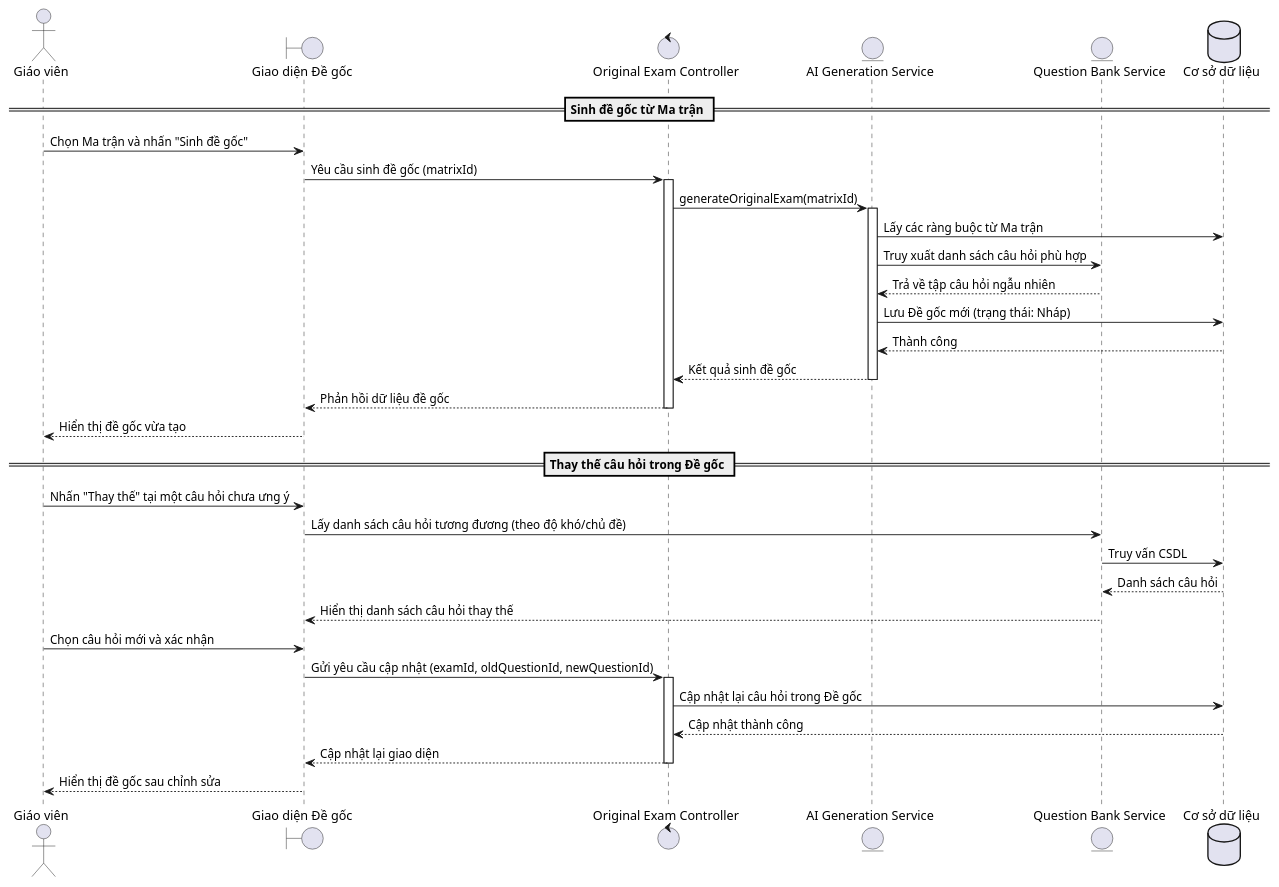
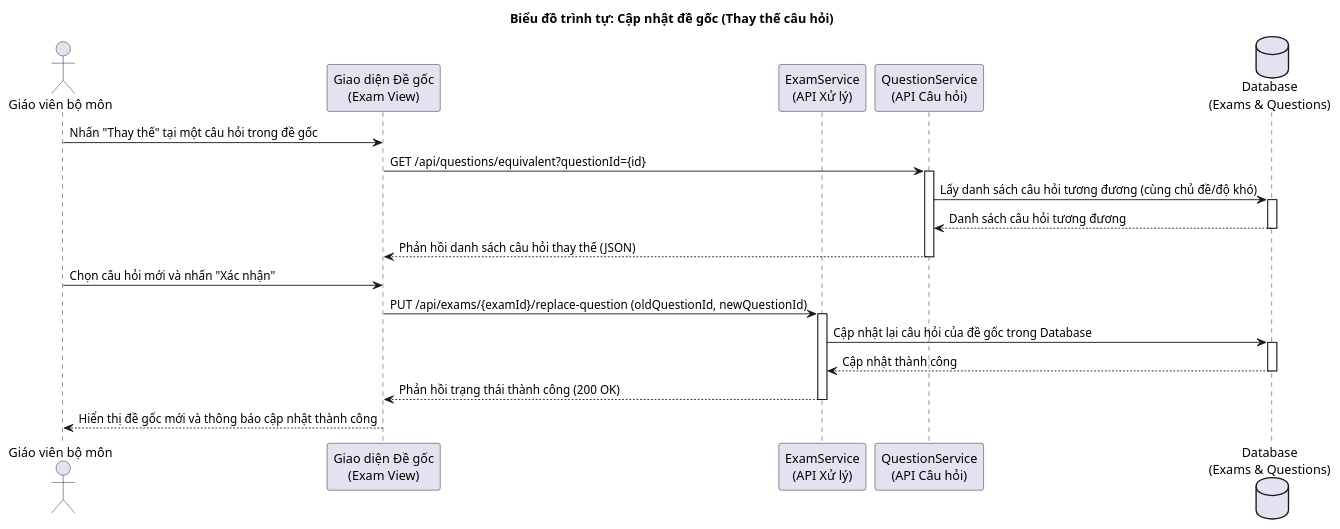
Before and after one commit to VuKV03/do-an-tot-nghiep: the third of 9 diagrams in Usecase/quanlydegoc.md, drawn with PlantUML. The commit also changed other lines of this file and 10 other files, not shown here.

Commit message:
các biểu đồ

````diff
--- a/Usecase/quanlydegoc.md
+++ b/Usecase/quanlydegoc.md
@@ -70,42 +107,37 @@
 ```plantuml
 @startuml
-actor "Giáo viên" as GV
-boundary "Giao diện Đề gốc" as UI
-control "Original Exam Controller" as OC
-entity "AI Generation Service" as AIS
-entity "Question Bank Service" as QBS
-database "Cơ sở dữ liệu" as DB
+title Biểu đồ trình tự: Cập nhật đề gốc (Thay thế câu hỏi)
 
-== Sinh đề gốc từ Ma trận ==
-GV -> UI : Chọn Ma trận và nhấn "Sinh đề gốc"
-UI -> OC : Yêu cầu sinh đề gốc (matrixId)
-activate OC
-OC -> AIS : generateOriginalExam(matrixId)
-activate AIS
-AIS -> DB : Lấy các ràng buộc từ Ma trận
-AIS -> QBS : Truy xuất danh sách câu hỏi phù hợp
-QBS --> AIS : Trả về tập câu hỏi ngẫu nhiên
-AIS -> DB : Lưu Đề gốc mới (trạng thái: Nháp)
-DB --> AIS : Thành công
-AIS --> OC : Kết quả sinh đề gốc
-deactivate AIS
-OC --> UI : Phản hồi dữ liệu đề gốc
-deactivate OC
-UI --> GV : Hiển thị đề gốc vừa tạo
+actor "Giáo viên bộ môn" as GVBM
+participant "Giao diện Đề gốc\n(Exam View)" as View
+participant "ExamService\n(API Xử lý)" as Service
+participant "QuestionService\n(API Câu hỏi)" as QService
+database "Database\n(Exams & Questions)" as DB
 
-== Thay thế câu hỏi trong Đề gốc ==
-GV -> UI : Nhấn "Thay thế" tại một câu hỏi chưa ưng ý
-UI -> QBS : Lấy danh sách câu hỏi tương đương (theo độ khó/chủ đề)
-QBS -> DB : Truy vấn CSDL
-DB --> QBS : Danh sách câu hỏi
-QBS --> UI : Hiển thị danh sách câu hỏi thay thế
-GV -> UI : Chọn câu hỏi mới và xác nhận
-UI -> OC : Gửi yêu cầu cập nhật (examId, oldQuestionId, newQuestionId)
-activate OC
-OC -> DB : Cập nhật lại câu hỏi trong Đề gốc
-DB --> OC : Cập nhật thành công
-OC --> UI : Cập nhật lại giao diện
-deactivate OC
-UI --> GV : Hiển thị đề gốc sau chỉnh sửa
+GVBM -> View : Nhấn "Thay thế" tại một câu hỏi trong đề gốc
+View -> QService : GET /api/questions/equivalent?questionId={id}
+activate QService
+
+QService -> DB : Lấy danh sách câu hỏi tương đương (cùng chủ đề/độ khó)
+activate DB
+DB --> QService : Danh sách câu hỏi tương đương
+deactivate DB
+
+QService --> View : Phản hồi danh sách câu hỏi thay thế (JSON)
+deactivate QService
+
+GVBM -> View : Chọn câu hỏi mới và nhấn "Xác nhận"
+View -> Service : PUT /api/exams/{examId}/replace-question (oldQuestionId, newQuestionId)
+activate Service
+
+Service -> DB : Cập nhật lại câu hỏi của đề gốc trong Database
+activate DB
+DB --> Service : Cập nhật thành công
+deactivate DB
+
+Service --> View : Phản hồi trạng thái thành công (200 OK)
+deactivate Service
+
+View --> GVBM : Hiển thị đề gốc mới và thông báo cập nhật thành công
 @enduml
 ```
````
